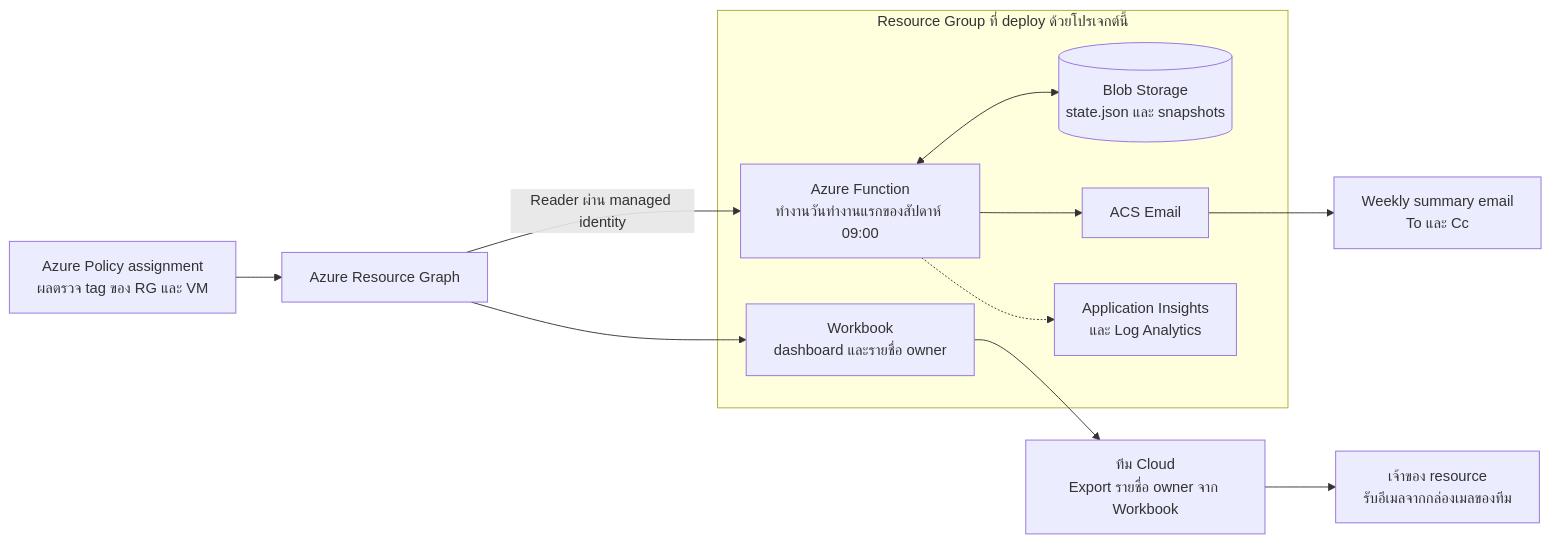
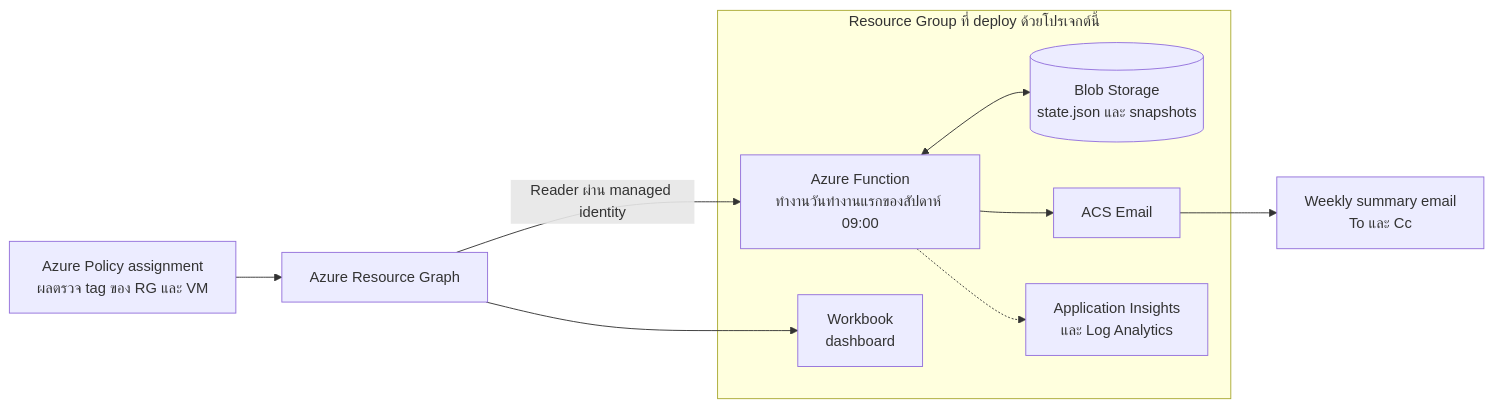
Before and after one commit to kamonphank/azure-tag-governance-monitor: the first of 2 diagrams in README.md, drawn with Mermaid. The commit also changed other lines of this file and 10 other files, not shown here.

````diff
--- a/README.md
+++ b/README.md
@@ -33,25 +33,21 @@
 ```mermaid
 flowchart LR
     POL["Azure Policy assignment<br/>ผลตรวจ tag ของ RG และ VM"]
     ARG["Azure Resource Graph"]
     subgraph DEP["Resource Group ที่ deploy ด้วยโปรเจกต์นี้"]
         FN["Azure Function<br/>ทำงานวันทำงานแรกของสัปดาห์ 09:00"]
         ST[("Blob Storage<br/>state.json และ snapshots")]
-        WB["Workbook<br/>dashboard และรายชื่อ owner"]
+        WB["Workbook<br/>dashboard"]
         ACS["ACS Email"]
         LOG["Application Insights<br/>และ Log Analytics"]
     end
     MAIL["Weekly summary email<br/>To และ Cc"]
-    TEAM["ทีม Cloud<br/>Export รายชื่อ owner จาก Workbook"]
-    OWN["เจ้าของ resource<br/>รับอีเมลจากกล่องเมลของทีม"]
 
     POL --> ARG
     ARG -->|"Reader ผ่าน managed identity"| FN
     ARG --> WB
     FN <--> ST
     FN --> ACS
     FN -.-> LOG
     ACS --> MAIL
-    WB --> TEAM
-    TEAM --> OWN
 ```
````
